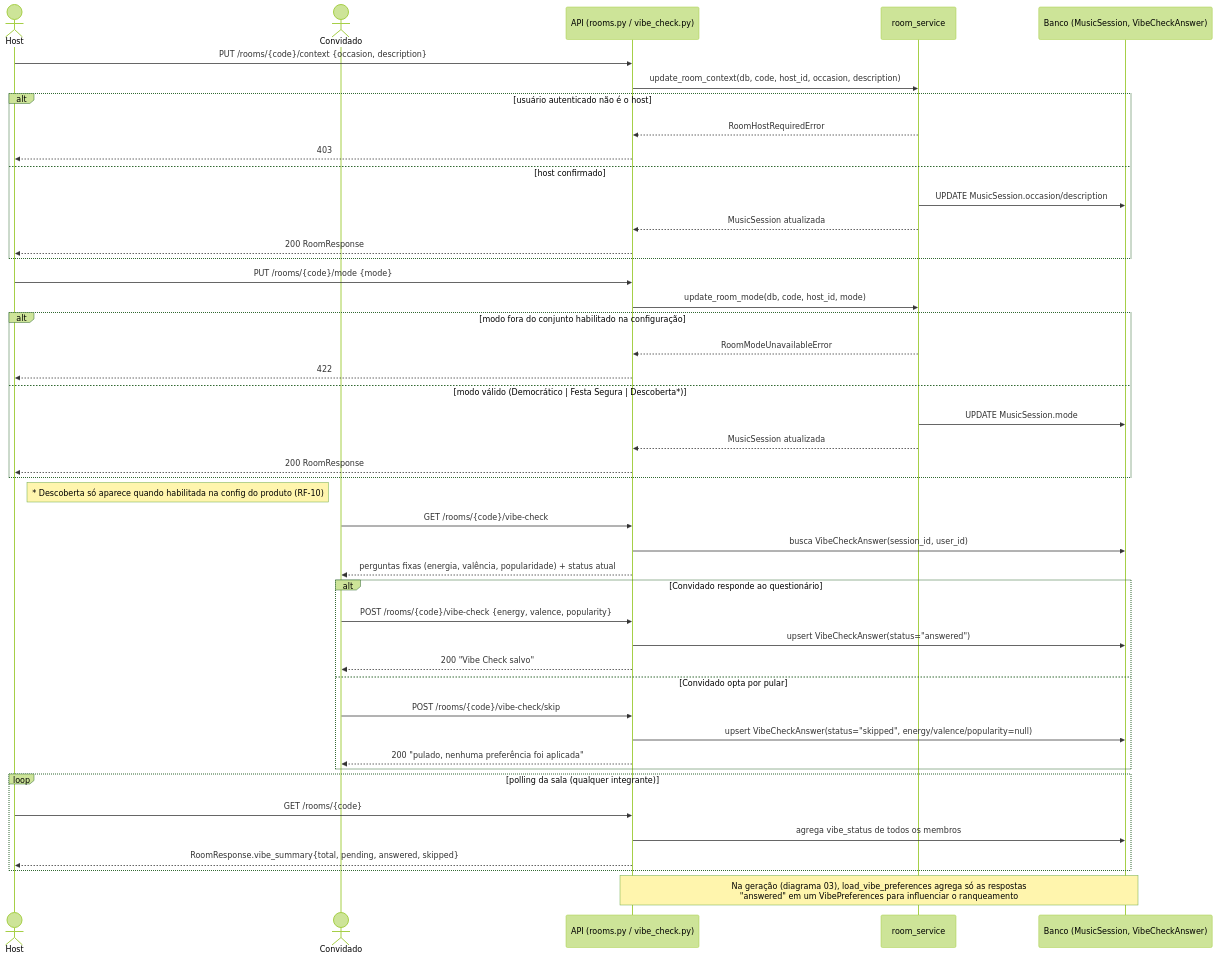
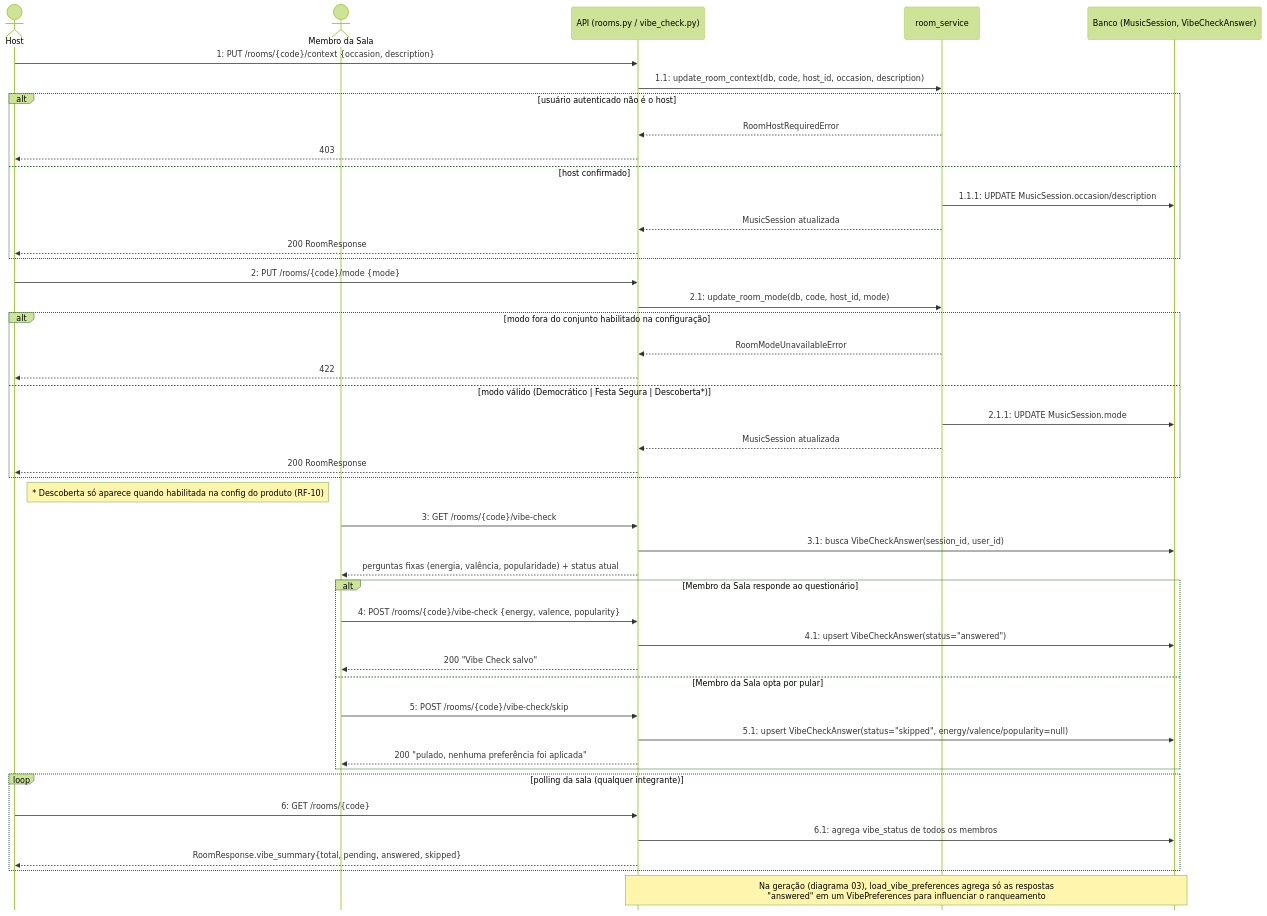
One commit to micaeltoscano/group-music-recommender changed the diagram in diagrams/historias-usuario/04-vibe-check-contexto.md. Above: the diagram before and after it, drawn with Mermaid (forest theme). The commit also changed 7 other files, not shown here.

First line of the commit message:
fix(diagramas): remover rodape duplicado, alinhar atores ao .puml e numerar sequencias

````diff
--- a/diagrams/historias-usuario/04-vibe-check-contexto.md
+++ b/diagrams/historias-usuario/04-vibe-check-contexto.md
@@ -5,54 +5,55 @@
 ```mermaid
+%%{init: {'sequence': {'mirrorActors': false}}}%%
 sequenceDiagram
     actor Host
-    actor Convidado
+    actor Membro as Membro da Sala
     participant API as API (rooms.py / vibe_check.py)
     participant RoomSvc as room_service
     participant DB as Banco (MusicSession, VibeCheckAnswer)
 
-    Host->>API: PUT /rooms/{code}/context {occasion, description}
-    API->>RoomSvc: update_room_context(db, code, host_id, occasion, description)
+    Host->>API: 1: PUT /rooms/{code}/context {occasion, description}
+    API->>RoomSvc: 1.1: update_room_context(db, code, host_id, occasion, description)
     alt usuário autenticado não é o host
         RoomSvc-->>API: RoomHostRequiredError
         API-->>Host: 403
     else host confirmado
-        RoomSvc->>DB: UPDATE MusicSession.occasion/description
+        RoomSvc->>DB: 1.1.1: UPDATE MusicSession.occasion/description
         RoomSvc-->>API: MusicSession atualizada
         API-->>Host: 200 RoomResponse
     end
 
-    Host->>API: PUT /rooms/{code}/mode {mode}
-    API->>RoomSvc: update_room_mode(db, code, host_id, mode)
+    Host->>API: 2: PUT /rooms/{code}/mode {mode}
+    API->>RoomSvc: 2.1: update_room_mode(db, code, host_id, mode)
     alt modo fora do conjunto habilitado na configuração
         RoomSvc-->>API: RoomModeUnavailableError
         API-->>Host: 422
     else modo válido (Democrático | Festa Segura | Descoberta*)
-        RoomSvc->>DB: UPDATE MusicSession.mode
+        RoomSvc->>DB: 2.1.1: UPDATE MusicSession.mode
         RoomSvc-->>API: MusicSession atualizada
         API-->>Host: 200 RoomResponse
     end
 
     Note right of Host: * Descoberta só aparece quando habilitada na config do produto (RF-10)
 
-    Convidado->>API: GET /rooms/{code}/vibe-check
-    API->>DB: busca VibeCheckAnswer(session_id, user_id)
-    API-->>Convidado: perguntas fixas (energia, valência, popularidade) + status atual
+    Membro->>API: 3: GET /rooms/{code}/vibe-check
+    API->>DB: 3.1: busca VibeCheckAnswer(session_id, user_id)
+    API-->>Membro: perguntas fixas (energia, valência, popularidade) + status atual
 
-    alt Convidado responde ao questionário
-        Convidado->>API: POST /rooms/{code}/vibe-check {energy, valence, popularity}
-        API->>DB: upsert VibeCheckAnswer(status="answered")
-        API-->>Convidado: 200 "Vibe Check salvo"
-    else Convidado opta por pular
-        Convidado->>API: POST /rooms/{code}/vibe-check/skip
-        API->>DB: upsert VibeCheckAnswer(status="skipped", energy/valence/popularity=null)
-        API-->>Convidado: 200 "pulado, nenhuma preferência foi aplicada"
+    alt Membro da Sala responde ao questionário
+        Membro->>API: 4: POST /rooms/{code}/vibe-check {energy, valence, popularity}
+        API->>DB: 4.1: upsert VibeCheckAnswer(status="answered")
+        API-->>Membro: 200 "Vibe Check salvo"
+    else Membro da Sala opta por pular
+        Membro->>API: 5: POST /rooms/{code}/vibe-check/skip
+        API->>DB: 5.1: upsert VibeCheckAnswer(status="skipped", energy/valence/popularity=null)
+        API-->>Membro: 200 "pulado, nenhuma preferência foi aplicada"
     end
 
     loop polling da sala (qualquer integrante)
-        Host->>API: GET /rooms/{code}
-        API->>DB: agrega vibe_status de todos os membros
+        Host->>API: 6: GET /rooms/{code}
+        API->>DB: 6.1: agrega vibe_status de todos os membros
         API-->>Host: RoomResponse.vibe_summary{total, pending, answered, skipped}
     end
 
     Note over API,DB: Na geração (diagrama 03), load_vibe_preferences agrega só as respostas<br/>"answered" em um VibePreferences para influenciar o ranqueamento
 ```
````
